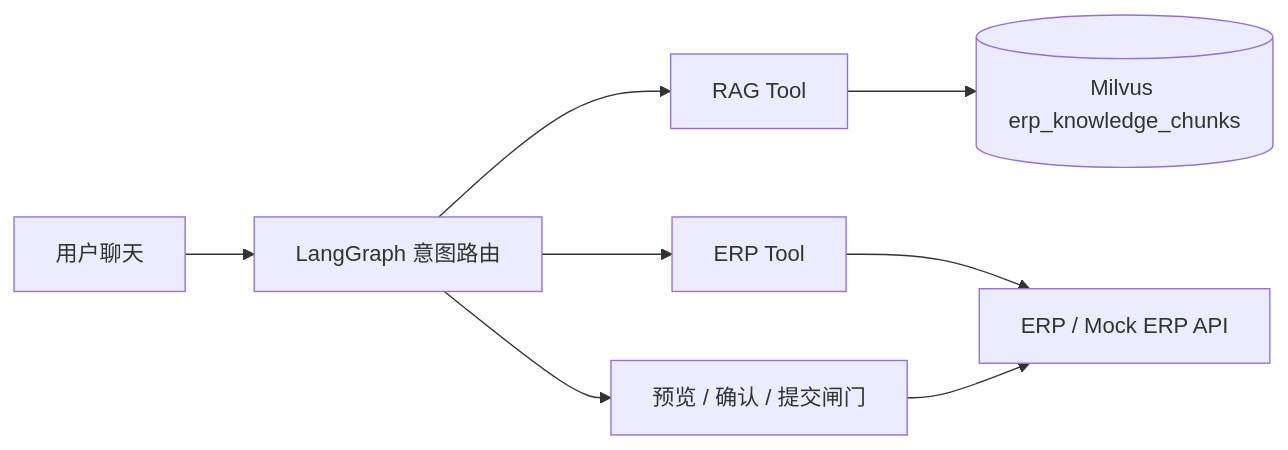
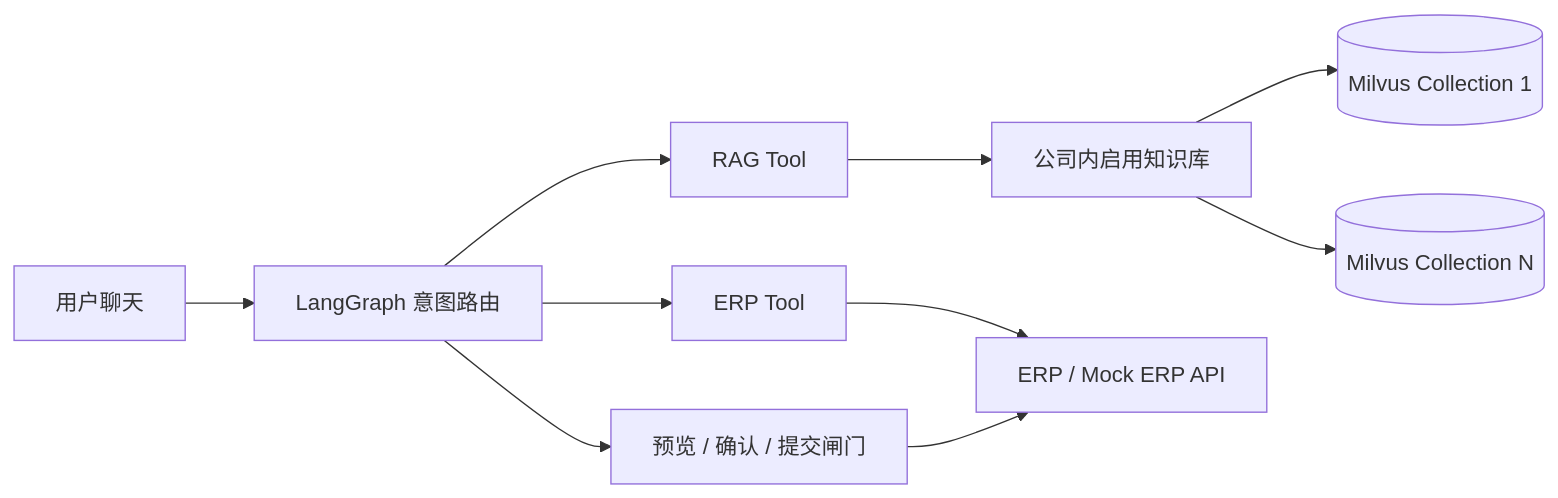
One commit to sangdongbo/langchain_study changed the diagram in ai_erp_rag_assistant/docs/ARCHITECTURE.md. Above: the diagram before and after it, drawn with Mermaid. The commit also changed other lines of this file and 36 other files, not shown here.

````diff
--- a/ai_erp_rag_assistant/docs/ARCHITECTURE.md
+++ b/ai_erp_rag_assistant/docs/ARCHITECTURE.md
@@ -3,10 +3,12 @@
 ```mermaid
 flowchart LR
     U[用户聊天] --> G[LangGraph 意图路由]
     G --> R[RAG Tool]
     G --> E[ERP Tool]
-    R --> M[(Milvus erp_knowledge_chunks)]
+    R --> K[公司内启用知识库]
+    K --> M1[(Milvus Collection 1)]
+    K --> M2[(Milvus Collection N)]
     E --> API[ERP / Mock ERP API]
     G --> W[预览 / 确认 / 提交闸门]
     W --> API
 ```
````
